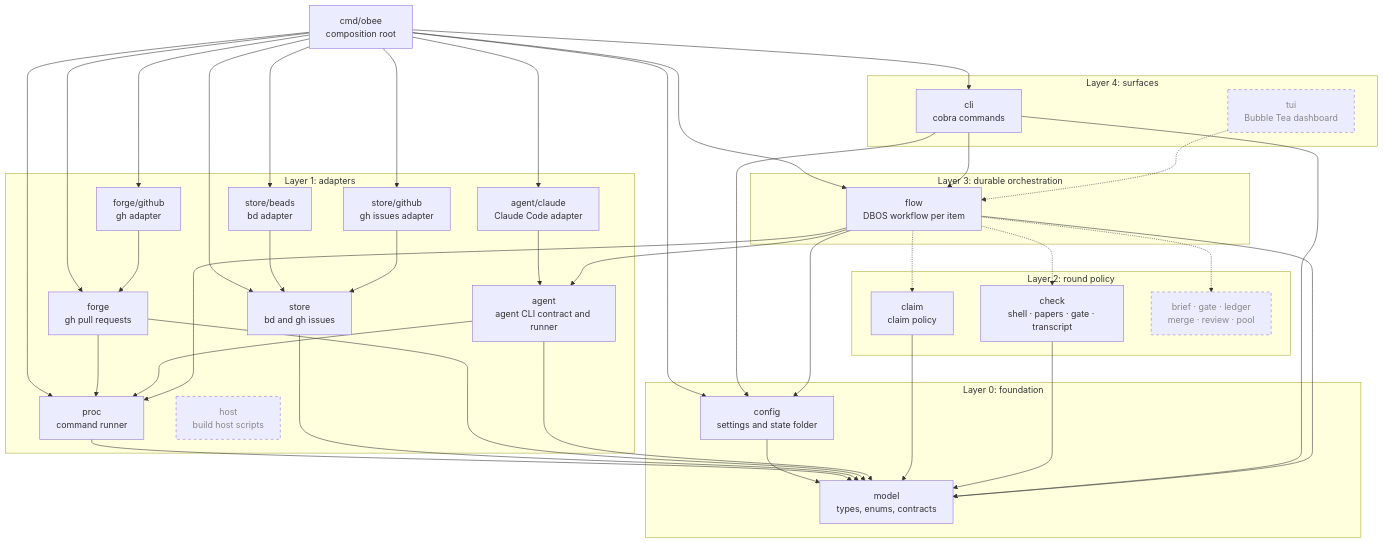
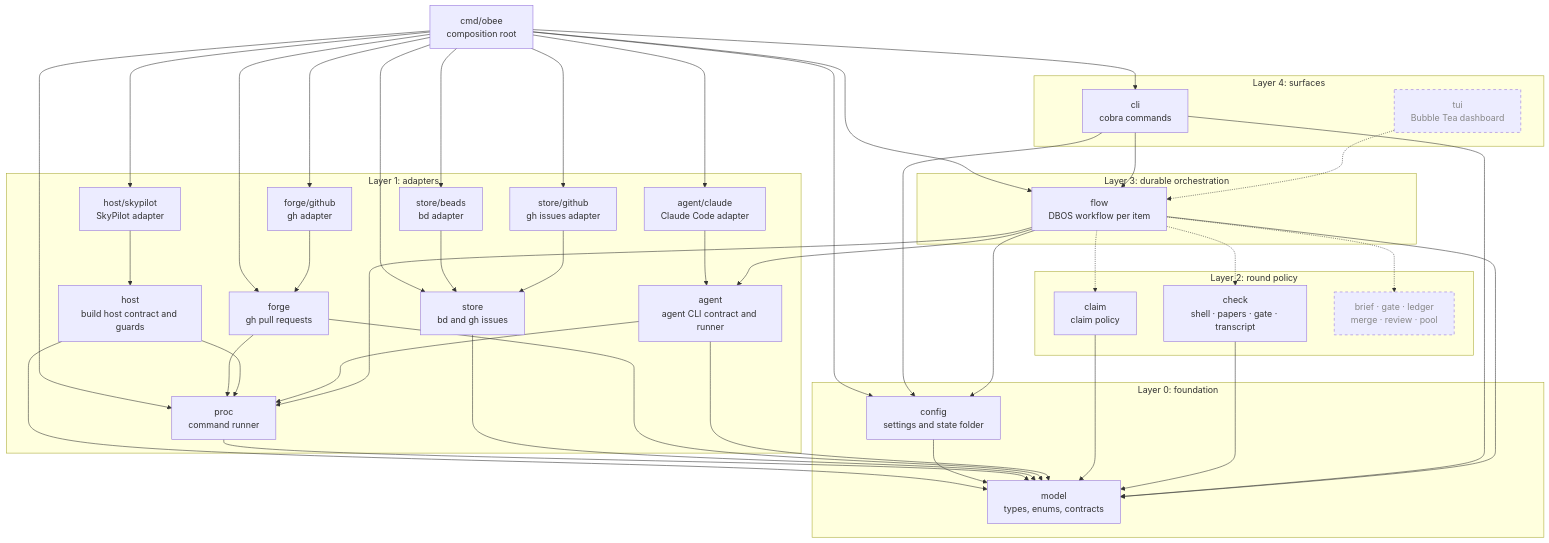
The first of 3 diagrams in docs/architecture.md (tobocop2/beehave), drawn with Mermaid before and after one commit. The commit also changed other lines of this file and 28 other files, not shown here.

````diff
--- a/docs/architecture.md
+++ b/docs/architecture.md
@@ -11,75 +11,80 @@
 ```mermaid
 flowchart TD
     main["cmd/obee<br/>composition root"]
 
     subgraph L4["Layer 4: surfaces"]
         cli["cli<br/>cobra commands"]
         tui["tui<br/>Bubble Tea dashboard"]:::planned
     end
 
     subgraph L3["Layer 3: durable orchestration"]
         flow["flow<br/>DBOS workflow per item"]
     end
 
     subgraph L2["Layer 2: round policy"]
         claim["claim<br/>claim policy"]
         check["check<br/>shell · papers · gate · transcript"]
         policy["brief · gate · ledger<br/>merge · review · pool"]:::planned
     end
 
     subgraph L1["Layer 1: adapters"]
         store["store<br/>bd and gh issues"]
         forge["forge<br/>gh pull requests"]
         agent["agent<br/>agent CLI contract and runner"]
         claude["agent/claude<br/>Claude Code adapter"]
         beads["store/beads<br/>bd adapter"]
         ghissues["store/github<br/>gh issues adapter"]
         ghforge["forge/github<br/>gh adapter"]
         proc["proc<br/>command runner"]
-        host["host<br/>build host scripts"]:::planned
+        host["host<br/>build host contract and guards"]
+        skypilot["host/skypilot<br/>SkyPilot adapter"]
     end
 
     subgraph L0["Layer 0: foundation"]
         config["config<br/>settings and state folder"]
         model["model<br/>types, enums, contracts"]
     end
 
     main --> cli
     main --> config
     main --> store
     main --> forge
     main --> proc
     cli --> config
     forge --> proc
+    host --> proc
+    host --> model
+    main --> skypilot
+    skypilot --> host
     agent --> proc
     claude --> agent
     main --> claude
     main --> beads
     main --> ghissues
     main --> ghforge
     beads --> store
     ghissues --> store
     ghforge --> forge
     config --> model
     proc --> model
     store --> model
     forge --> model
     agent --> model
     claim --> model
     check --> model
     cli --> model
 
     main --> flow
     cli --> flow
     flow --> agent
     flow --> config
     flow --> proc
     flow --> model
 
     tui -.-> flow
     flow -.-> claim
     flow -.-> check
     flow -.-> policy
 
     classDef planned stroke-dasharray: 5 5,color:#888
 ```
````
